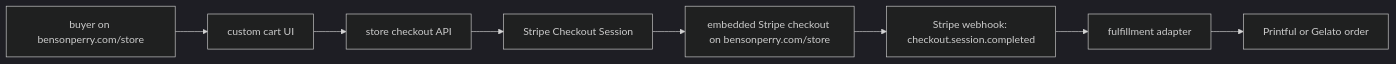
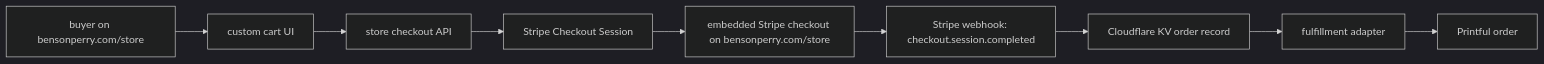
Before and after one commit to benson/benson.github.io: the diagram in store/EMBEDDED-CHECKOUT.md, drawn with Mermaid (dark theme). The commit also changed other lines of this file and 4 other files, not shown here.

````diff
--- a/store/EMBEDDED-CHECKOUT.md
+++ b/store/EMBEDDED-CHECKOUT.md
@@ -7,10 +7,11 @@
 ```mermaid
 flowchart LR
   A["buyer on bensonperry.com/store"] --> B["custom cart UI"]
   B --> C["store checkout API"]
   C --> D["Stripe Checkout Session"]
   D --> E["embedded Stripe checkout on bensonperry.com/store"]
   E --> F["Stripe webhook: checkout.session.completed"]
-  F --> G["fulfillment adapter"]
-  G --> H["Printful or Gelato order"]
+  F --> G["Cloudflare KV order record"]
+  G --> H["fulfillment adapter"]
+  H --> I["Printful order"]
 ```
````
